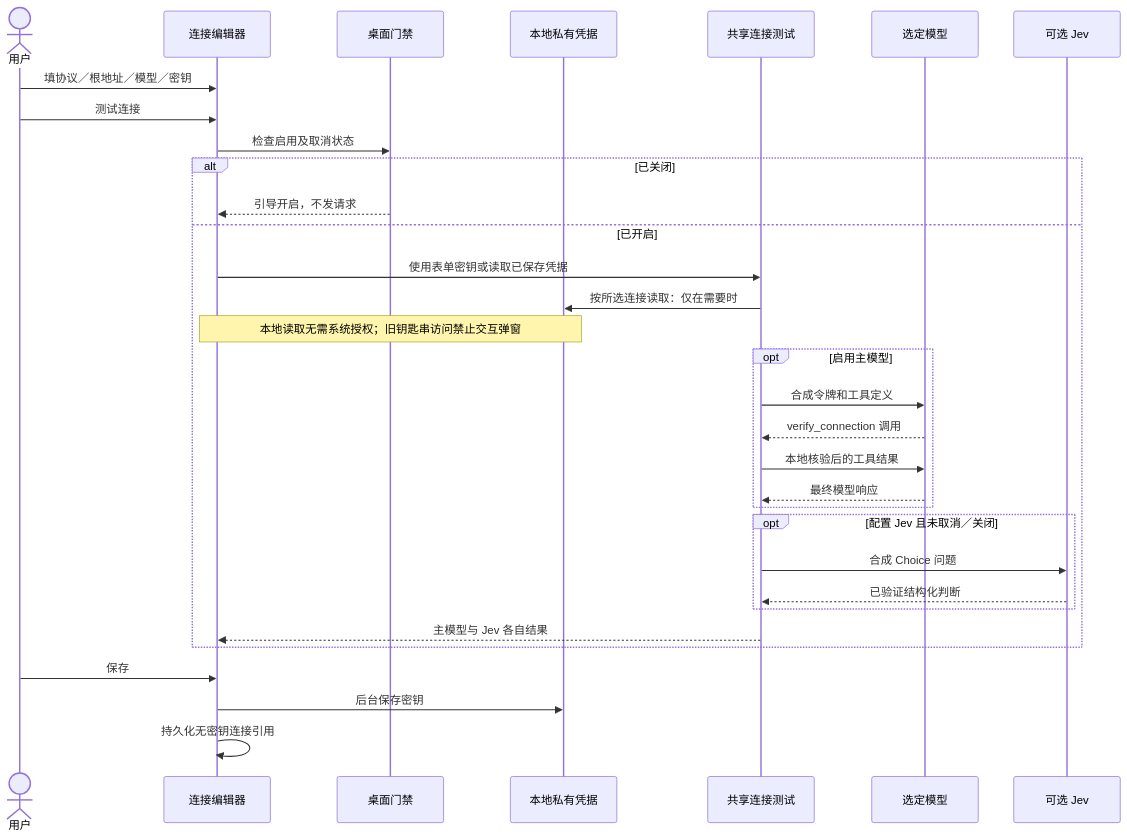
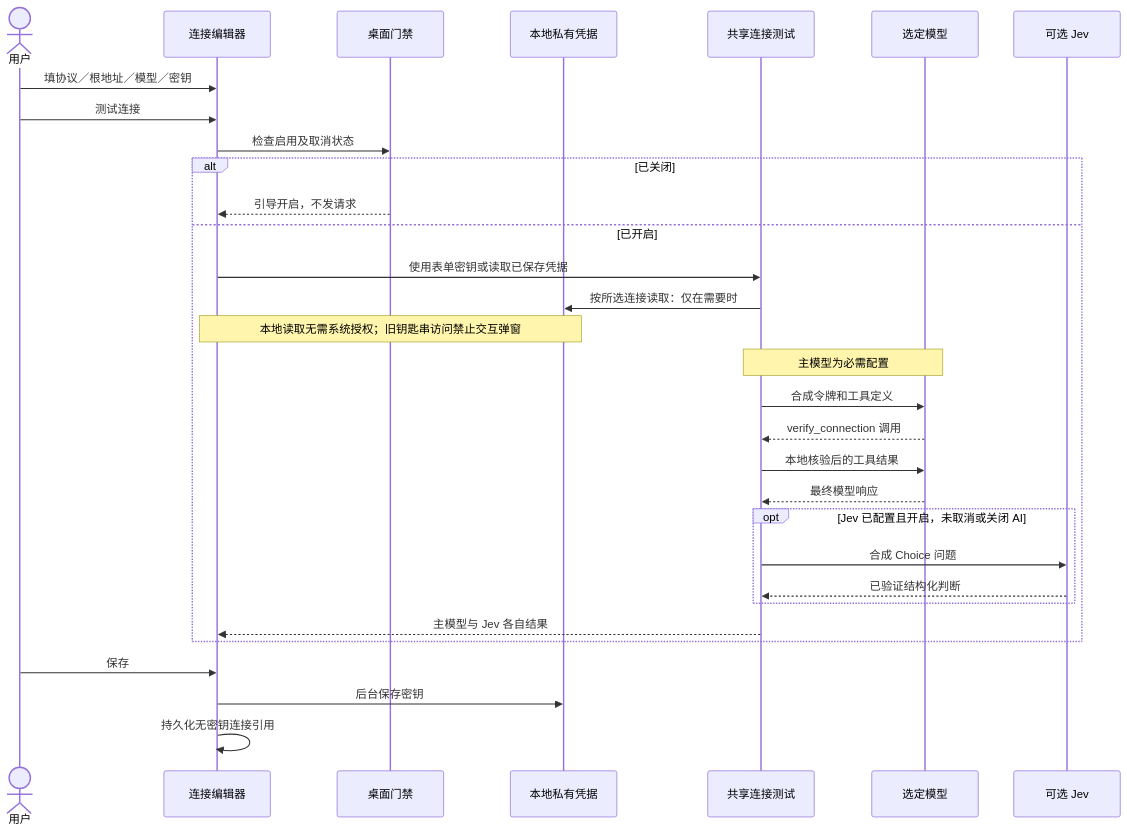
One commit to limecloud/shou changed the sixth of 15 diagrams in docs/zh-CN/architecture/embedded-ai.md. Above: the diagram before and after it, drawn with Mermaid. The commit also changed 26 other files, not shown here.

````diff
--- a/docs/zh-CN/architecture/embedded-ai.md
+++ b/docs/zh-CN/architecture/embedded-ai.md
@@ -189,34 +189,33 @@
 ```mermaid
 sequenceDiagram
     actor U as 用户
     participant UI as 连接编辑器
     participant Gate as 桌面门禁
     participant K as 本地私有凭据
     participant Test as 共享连接测试
     participant M as 选定模型
     participant J as 可选 Jev
     U->>UI: 填协议／根地址／模型／密钥
     U->>UI: 测试连接
     UI->>Gate: 检查启用及取消状态
     alt 已关闭
         Gate-->>UI: 引导开启，不发请求
     else 已开启
         UI->>Test: 使用表单密钥或读取已保存凭据
         Test->>K: 按所选连接读取：仅在需要时
         Note over UI,K: 本地读取无需系统授权；旧钥匙串访问禁止交互弹窗
-        opt 启用主模型
-            Test->>M: 合成令牌和工具定义
-            M-->>Test: verify_connection 调用
-            Test->>M: 本地核验后的工具结果
-            M-->>Test: 最终模型响应
-        end
-        opt 配置 Jev 且未取消／关闭
+        Note over Test,M: 主模型为必需配置
+        Test->>M: 合成令牌和工具定义
+        M-->>Test: verify_connection 调用
+        Test->>M: 本地核验后的工具结果
+        M-->>Test: 最终模型响应
+        opt Jev 已配置且开启，未取消或关闭 AI
             Test->>J: 合成 Choice 问题
             J-->>Test: 已验证结构化判断
         end
         Test-->>UI: 主模型与 Jev 各自结果
     end
     U->>UI: 保存
     UI->>K: 后台保存密钥
     UI->>UI: 持久化无密钥连接引用
 ```
````
